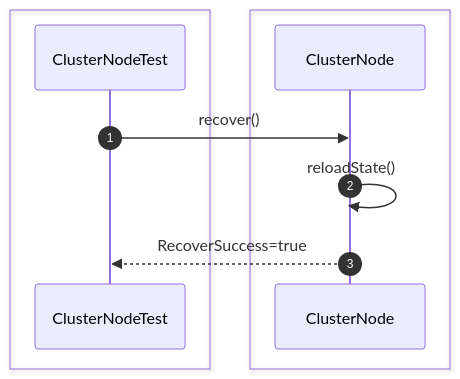
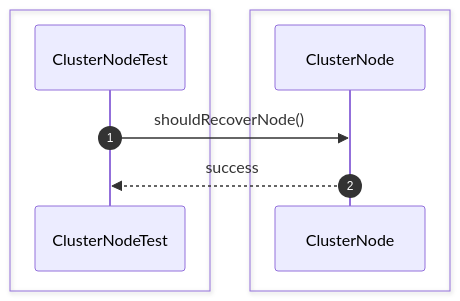
Diagram 16 of 26 in src/sequence/replication.md (Huy1801214/dbms-architecture), drawn with Mermaid before and after one commit. The commit also changed other lines of this file and 68 other files, not shown here.

Commit message:
implement comprehensive unit test suite and architectural sequence documentation

````diff
--- a/src/sequence/replication.md
+++ b/src/sequence/replication.md
@@ -284,15 +233,13 @@
 ```mermaid
 sequenceDiagram
     autonumber
-
     box #e1f5fe Test Suite
     participant Test as ClusterNodeTest
     end
-    box #ffebee Replication Components
-    participant Node as ClusterNode
+    box #e3f2fd ClusterNode Component
+    participant CN as ClusterNode
     end
 
-    Test->>Node: recover()
-    Node->>Node: reloadState()
-    Node-->>Test: RecoverSuccess=true
+    Test->>CN: shouldRecoverNode()
+    CN-->>Test: success
 ```
````
